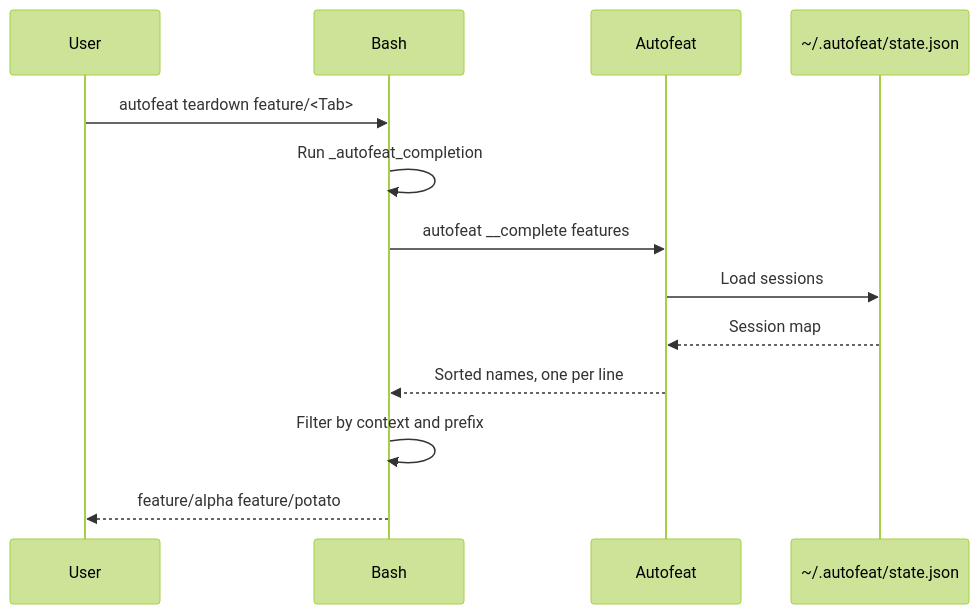
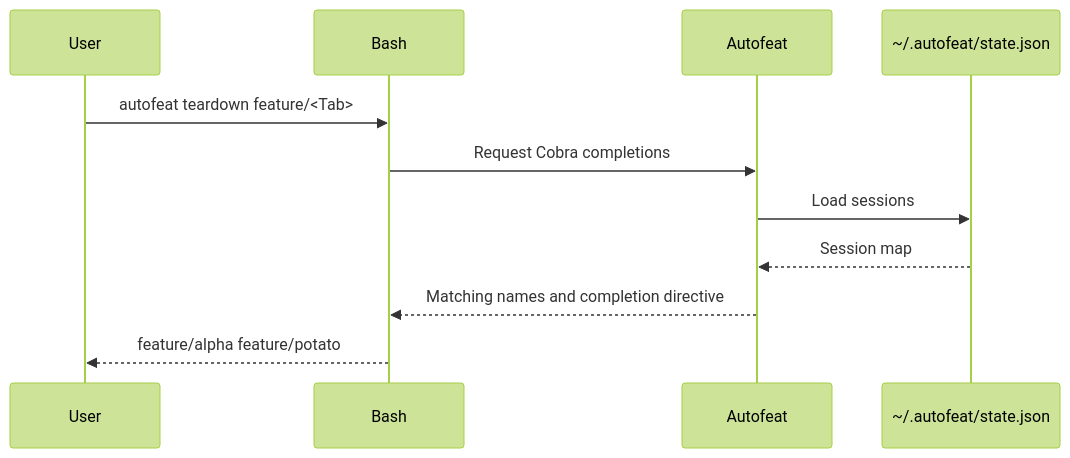
One commit to painlesshippo/autofeat changed the diagram in docs/bash-autocomplete.md. Above: the diagram before and after it, drawn with Mermaid (forest theme). The commit also changed other lines of this file and 15 other files, not shown here.

Commit message:
feat: refactor Bash and PowerShell autocomplete integration with Cobra

````diff
--- a/docs/bash-autocomplete.md
+++ b/docs/bash-autocomplete.md
@@ -10,16 +9,14 @@
 ```mermaid
 sequenceDiagram
     participant User
     participant Bash
     participant Autofeat
     participant State as ~/.autofeat/state.json
 
     User->>Bash: autofeat teardown feature/<Tab>
-    Bash->>Bash: Run _autofeat_completion
-    Bash->>Autofeat: autofeat __complete features
+    Bash->>Autofeat: Request Cobra completions
     Autofeat->>State: Load sessions
     State-->>Autofeat: Session map
-    Autofeat-->>Bash: Sorted names, one per line
-    Bash->>Bash: Filter by context and prefix
+    Autofeat-->>Bash: Matching names and completion directive
     Bash-->>User: feature/alpha feature/potato
 ```
````
